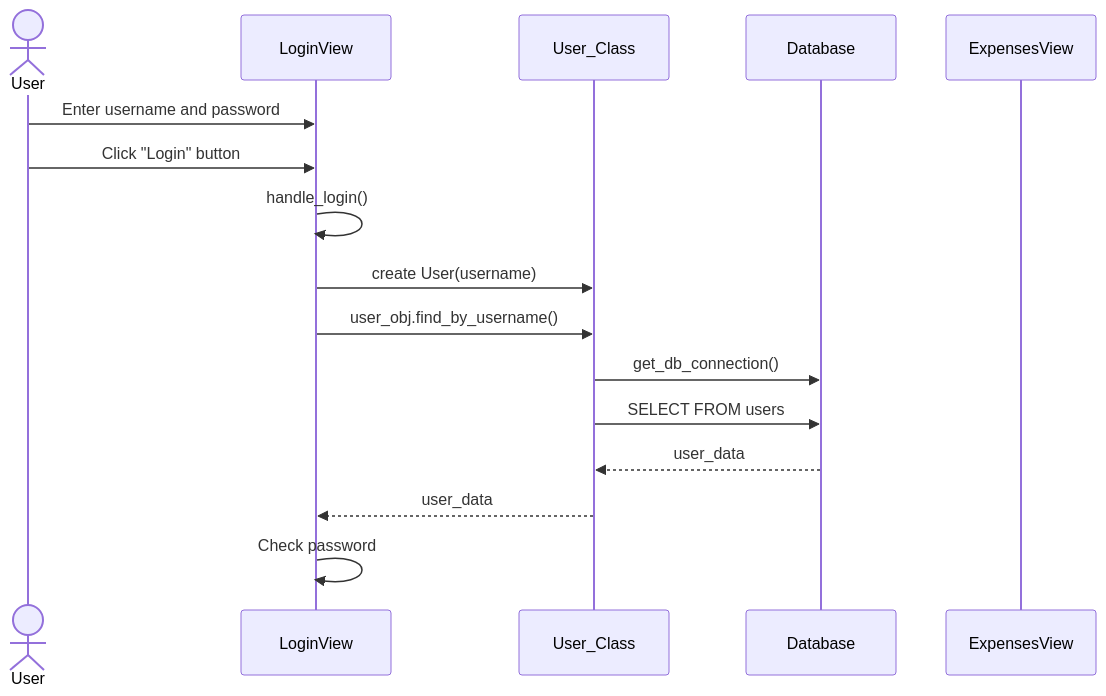
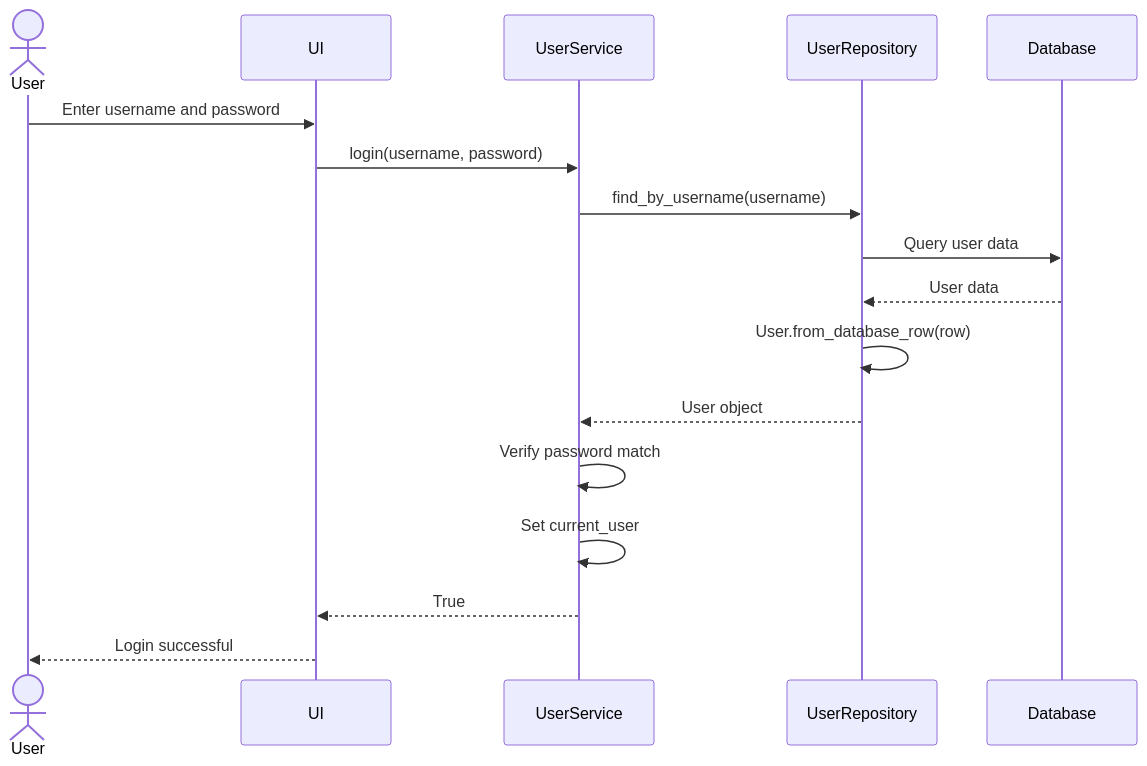
Before and after one commit to imsyc75/ot-harjoitustyo: the third of 4 diagrams in dokumentaatio/arkkitehtuuri.md, drawn with Mermaid. The commit also changed other lines of this file and 9 other files, not shown here.

````diff
--- a/dokumentaatio/arkkitehtuuri.md
+++ b/dokumentaatio/arkkitehtuuri.md
@@ -65,19 +108,20 @@
 ```mermaid
 sequenceDiagram
-    actor User
-    participant LoginView
-    participant User_Class
-    participant Database
-    participant ExpensesView
-    
-    User->>LoginView: Enter username and password
-    User->>LoginView: Click "Login" button
-    LoginView->>LoginView: handle_login()
-    LoginView->>User_Class: create User(username)
-    LoginView->>User_Class: user_obj.find_by_username()
-    User_Class->>Database: get_db_connection()
-    User_Class->>Database: SELECT FROM users
-    Database-->>User_Class: user_data
-    User_Class-->>LoginView: user_data
-    LoginView->>LoginView: Check password
+  actor User
+  participant UI
+  participant UserService
+  participant UserRepository
+  participant Database
+  
+  User->>UI: Enter username and password
+  UI->>UserService: login(username, password)
+  UserService->>UserRepository: find_by_username(username)
+  UserRepository->>Database: Query user data
+  Database-->>UserRepository: User data
+  UserRepository->>UserRepository: User.from_database_row(row)
+  UserRepository-->>UserService: User object
+  UserService->>UserService: Verify password match
+  UserService->>UserService: Set current_user
+  UserService-->>UI: True
+  UI-->>User: Login successful
   ```
````
